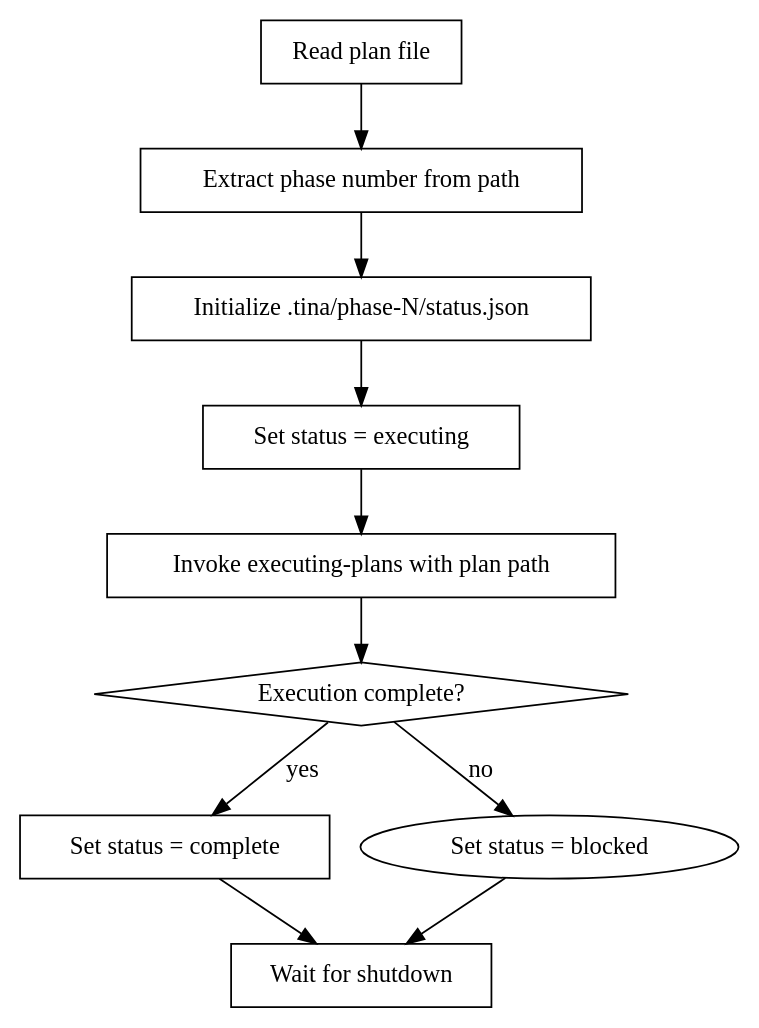
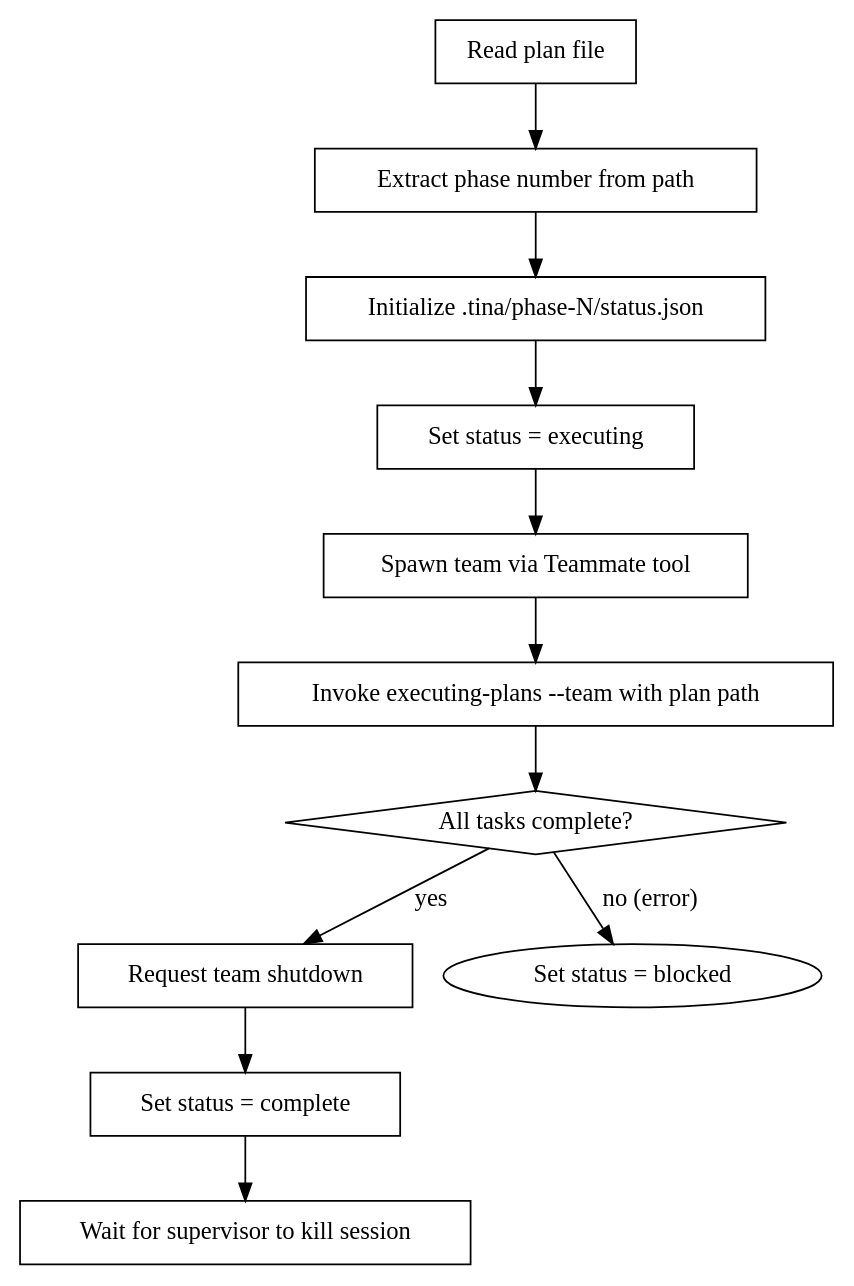
One commit to joshuabates/tina changed the diagram in skills/team-lead-init/SKILL.md. Above: the diagram before and after it, drawn with Graphviz. The commit also changed other lines of this file, not shown here.

Commit message:
feat: update team-lead-init for team-based execution

````diff
--- a/skills/team-lead-init/SKILL.md
+++ b/skills/team-lead-init/SKILL.md
@@ -36,24 +70,27 @@
 ```dot
-digraph team_lead_init {
+digraph team_lead_init_v2 {
     rankdir=TB;
 
     "Read plan file" [shape=box];
     "Extract phase number from path" [shape=box];
     "Initialize .tina/phase-N/status.json" [shape=box];
     "Set status = executing" [shape=box];
-    "Invoke executing-plans with plan path" [shape=box];
-    "Execution complete?" [shape=diamond];
+    "Spawn team via Teammate tool" [shape=box];
+    "Invoke executing-plans --team with plan path" [shape=box];
+    "All tasks complete?" [shape=diamond];
+    "Request team shutdown" [shape=box];
     "Set status = complete" [shape=box];
-    "Wait for shutdown" [shape=box];
+    "Wait for supervisor to kill session" [shape=box];
 
     "Read plan file" -> "Extract phase number from path";
     "Extract phase number from path" -> "Initialize .tina/phase-N/status.json";
     "Initialize .tina/phase-N/status.json" -> "Set status = executing";
-    "Set status = executing" -> "Invoke executing-plans with plan path";
-    "Invoke executing-plans with plan path" -> "Execution complete?";
-    "Execution complete?" -> "Set status = complete" [label="yes"];
-    "Execution complete?" -> "Set status = blocked" [label="no"];
-    "Set status = blocked" -> "Wait for shutdown";
-    "Set status = complete" -> "Wait for shutdown";
+    "Set status = executing" -> "Spawn team via Teammate tool";
+    "Spawn team via Teammate tool" -> "Invoke executing-plans --team with plan path";
+    "Invoke executing-plans --team with plan path" -> "All tasks complete?";
+    "All tasks complete?" -> "Request team shutdown" [label="yes"];
+    "All tasks complete?" -> "Set status = blocked" [label="no (error)"];
+    "Request team shutdown" -> "Set status = complete";
+    "Set status = complete" -> "Wait for supervisor to kill session";
 }
 ```
````
